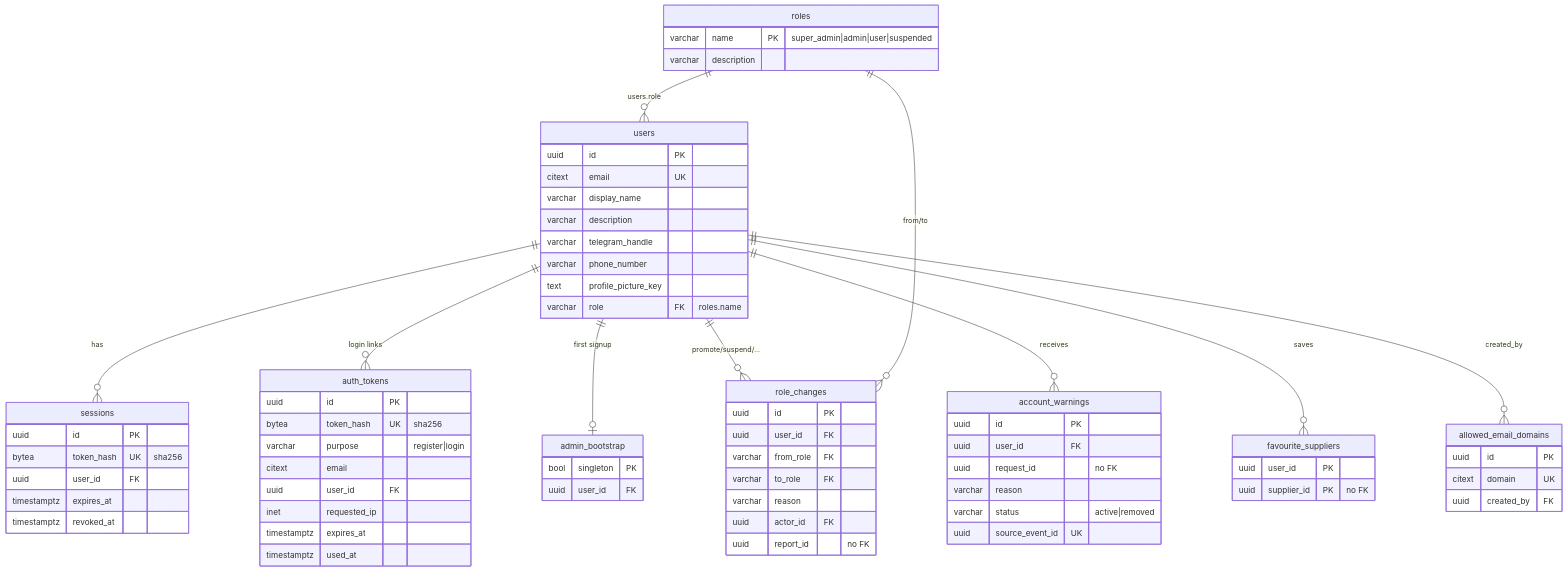
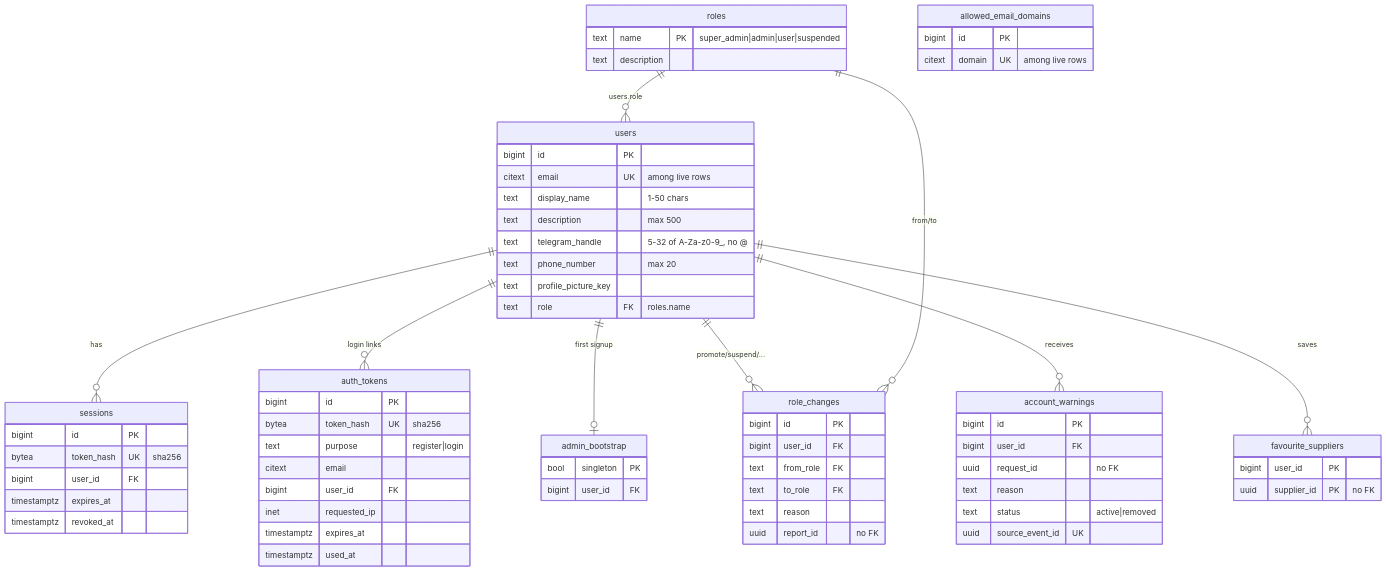
One commit to AY2627S1-CS3219-P1/FoC changed the diagram in user-service/docs/schema.md. Above: the diagram before and after it, drawn with Mermaid. The commit also changed other lines of this file and 11 other files, not shown here.

Commit message:
update: swap to gorm.Model and add telegram_handle check

````diff
--- a/user-service/docs/schema.md
+++ b/user-service/docs/schema.md
@@ -5,74 +10,71 @@
 ```mermaid
 erDiagram
     roles ||--o{ users : "users.role"
     users ||--o{ sessions : has
     users ||--o{ auth_tokens : "login links"
     users ||--o| admin_bootstrap : "first signup"
     users ||--o{ role_changes : "promote/suspend/..."
     roles ||--o{ role_changes : "from/to"
     users ||--o{ account_warnings : receives
     users ||--o{ favourite_suppliers : saves
-    users ||--o{ allowed_email_domains : "created_by"
 
     users {
-        uuid id PK
-        citext email UK
-        varchar display_name
-        varchar description
-        varchar telegram_handle
-        varchar phone_number
+        bigint id PK
+        citext email UK "among live rows"
+        text display_name "1-50 chars"
+        text description "max 500"
+        text telegram_handle "5-32 of A-Za-z0-9_, no @"
+        text phone_number "max 20"
         text profile_picture_key
-        varchar role FK "roles.name"
+        text role FK "roles.name"
     }
     roles {
-        varchar name PK "super_admin|admin|user|suspended"
-        varchar description
+        text name PK "super_admin|admin|user|suspended"
+        text description
     }
     admin_bootstrap {
         bool singleton PK
-        uuid user_id FK
+        bigint user_id FK
     }
     allowed_email_domains {
-        uuid id PK
-        citext domain UK
-        uuid created_by FK
+        bigint id PK
+        citext domain UK "among live rows"
     }
     auth_tokens {
-        uuid id PK
+        bigint id PK
         bytea token_hash UK "sha256"
-        varchar purpose "register|login"
+        text purpose "register|login"
         citext email
-        uuid user_id FK
+        bigint user_id FK
         inet requested_ip
         timestamptz expires_at
         timestamptz used_at
     }
     sessions {
-        uuid id PK
+        bigint id PK
         bytea token_hash UK "sha256"
-        uuid user_id FK
+        bigint user_id FK
         timestamptz expires_at
         timestamptz revoked_at
     }
     role_changes {
-        uuid id PK
-        uuid user_id FK
-        varchar from_role FK
-        varchar to_role FK
-        varchar reason
-        uuid actor_id FK
+        bigint id PK
+        bigint user_id FK
+        text from_role FK
+        text to_role FK
+        text reason
         uuid report_id "no FK"
     }
     account_warnings {
-        uuid id PK
-        uuid user_id FK
+        bigint id PK
+        bigint user_id FK
         uuid request_id "no FK"
-        varchar reason
-        varchar status "active|removed"
+        text reason
+        text status "active|removed"
         uuid source_event_id UK
     }
     favourite_suppliers {
-        uuid user_id PK
+        bigint user_id PK
         uuid supplier_id PK "no FK"
     }
 ```
````
